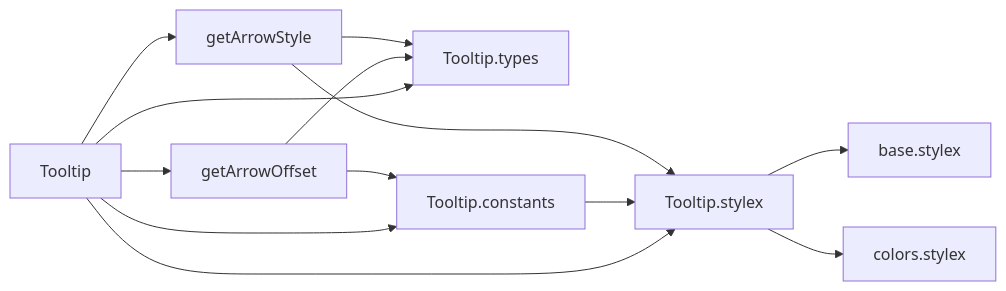
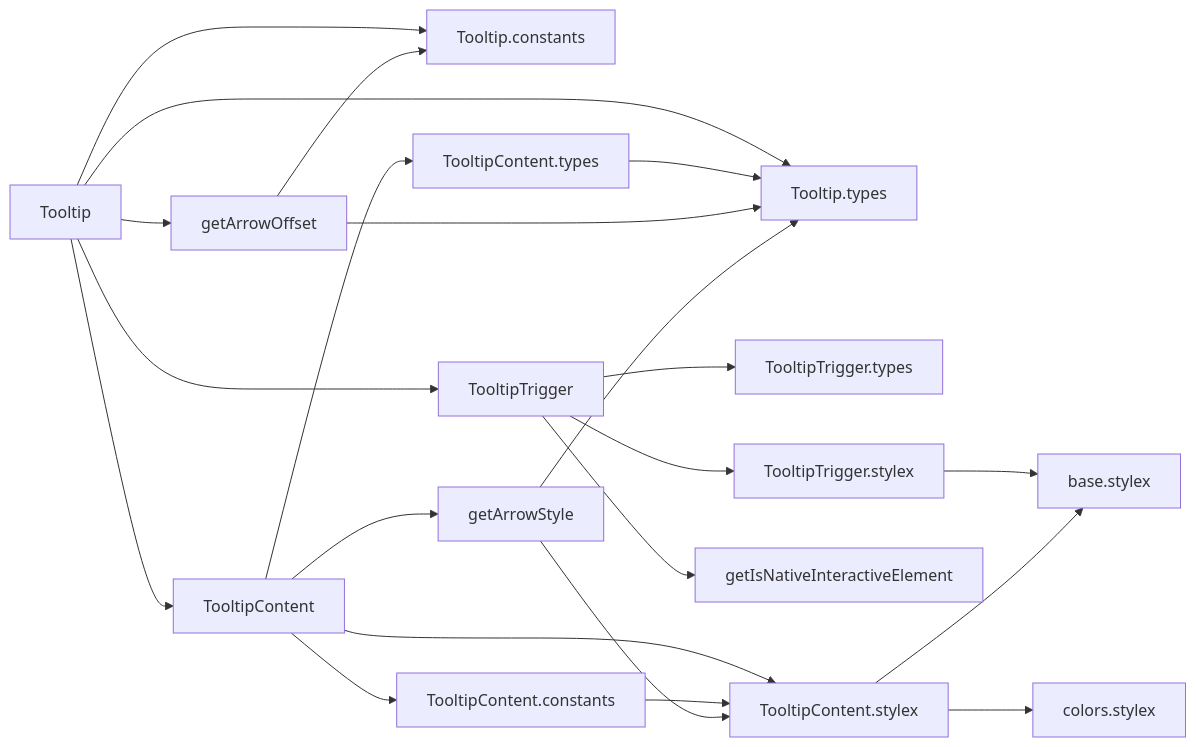
The first of 3 diagrams in packages/ui/src/components/Tooltip/ARCHITECTURE.md (luciocabrera/lcabrera-stack), drawn with Mermaid before and after one commit. The commit also changed other lines of this file and 137 other files, not shown here.

````diff
--- a/packages/ui/src/components/Tooltip/ARCHITECTURE.md
+++ b/packages/ui/src/components/Tooltip/ARCHITECTURE.md
@@ -30,19 +49,30 @@
 ```mermaid
 graph LR
   Tooltip --> Tooltip.types
   Tooltip --> Tooltip.constants
-  Tooltip --> Tooltip.stylex
+  Tooltip --> TooltipTrigger
+  Tooltip --> TooltipContent
   Tooltip --> getArrowOffset
-  Tooltip --> getArrowStyle
 
-  Tooltip.constants --> Tooltip.stylex
+  TooltipTrigger --> TooltipTrigger.types
+  TooltipTrigger --> TooltipTrigger.stylex
+  TooltipTrigger --> getIsNativeInteractiveElement
+
+  TooltipContent --> TooltipContent.types
+  TooltipContent --> TooltipContent.constants
+  TooltipContent --> TooltipContent.stylex
+  TooltipContent --> getArrowStyle
+
+  TooltipContent.types --> Tooltip.types
+  TooltipContent.constants --> TooltipContent.stylex
 
   getArrowOffset --> Tooltip.types
   getArrowOffset --> Tooltip.constants
 
   getArrowStyle --> Tooltip.types
-  getArrowStyle --> Tooltip.stylex
+  getArrowStyle --> TooltipContent.stylex
 
-  Tooltip.stylex --> base.stylex
-  Tooltip.stylex --> colors.stylex
+  TooltipTrigger.stylex --> base.stylex
+  TooltipContent.stylex --> base.stylex
+  TooltipContent.stylex --> colors.stylex
 ```
````
